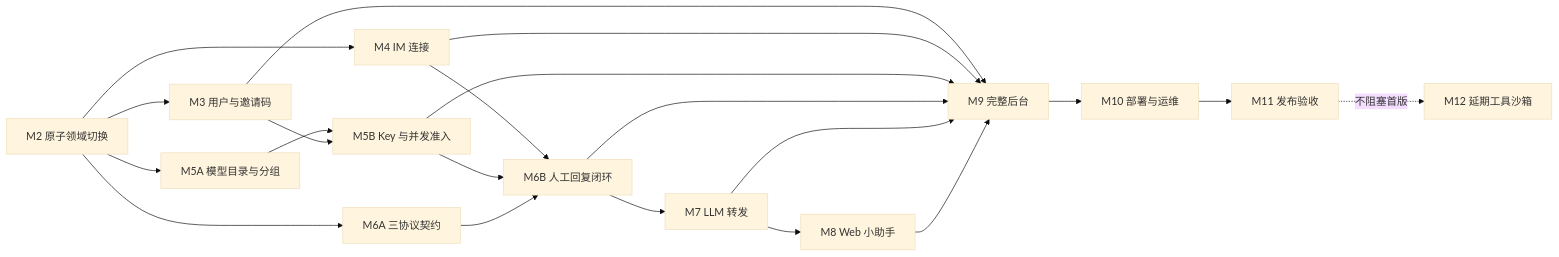
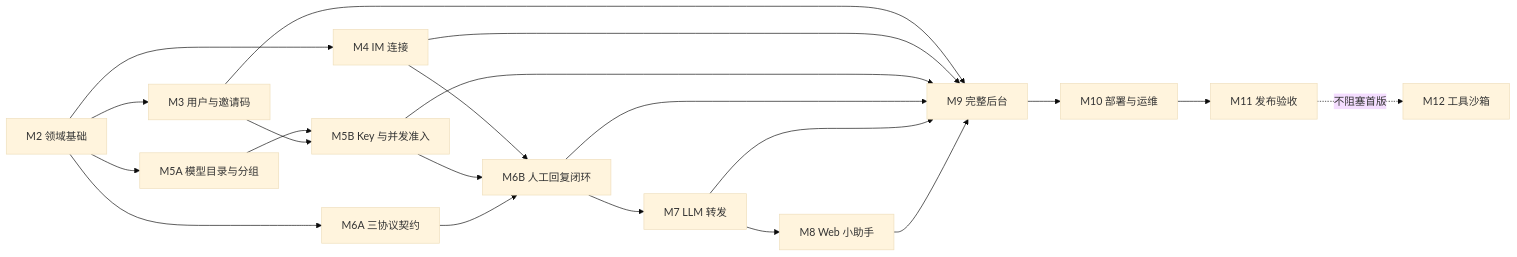
The diagram in docs/ROADMAP.md (GuSheng107/human-llm-gateway), drawn with Mermaid (base theme) before and after one commit. The commit also changed other lines of this file and 91 other files, not shown here.

````diff
--- a/docs/ROADMAP.md
+++ b/docs/ROADMAP.md
@@ -42,37 +41,37 @@
 ```mermaid
 flowchart LR
-    M2[M2 原子领域切换]
+    M2[M2 领域基础]
     M3[M3 用户与邀请码]
     M4[M4 IM 连接]
     M5A[M5A 模型目录与分组]
     M5B[M5B Key 与并发准入]
     M6A[M6A 三协议契约]
     M6B[M6B 人工回复闭环]
     M7[M7 LLM 转发]
     M8[M8 Web 小助手]
     M9[M9 完整后台]
     M10[M10 部署与运维]
     M11[M11 发布验收]
-    M12[M12 延期工具沙箱]
+    M12[M12 工具沙箱]
 
     M2 --> M3
     M2 --> M4
     M2 --> M5A
     M2 --> M6A
     M5A --> M5B
     M3 --> M5B
     M4 --> M6B
     M5B --> M6B
     M6A --> M6B
     M6B --> M7
     M7 --> M8
     M3 --> M9
     M4 --> M9
     M5B --> M9
     M6B --> M9
     M7 --> M9
     M8 --> M9
     M9 --> M10
     M10 --> M11
     M11 -.->|不阻塞首版| M12
 ```
````
